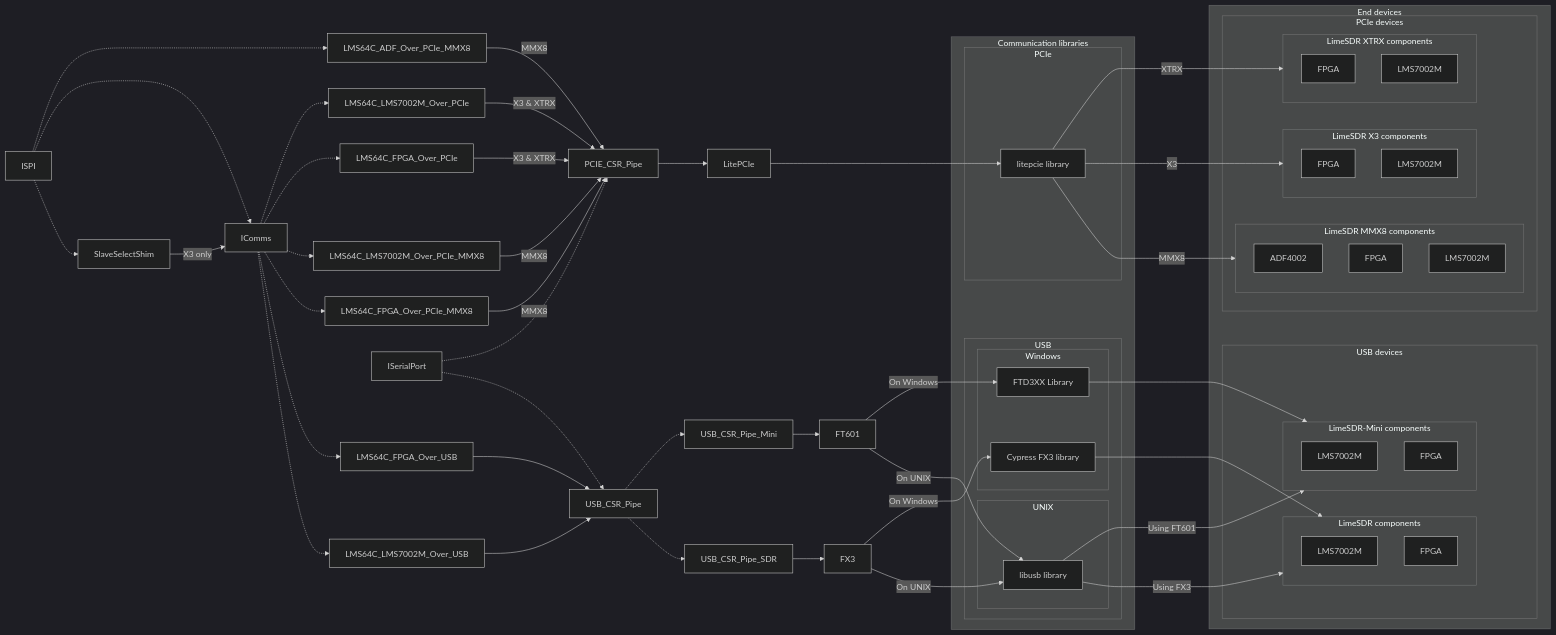
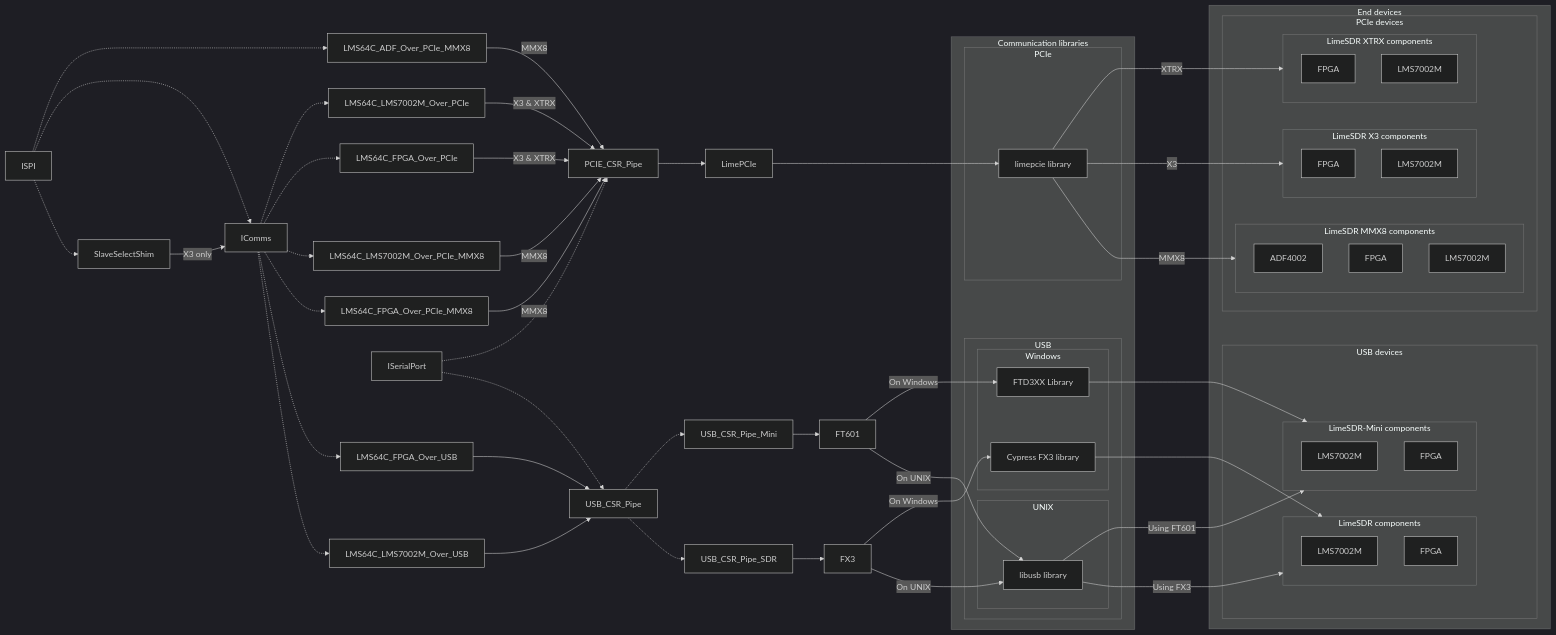
One commit to myriadrf/LimeSuiteNG changed the diagram in docs/development/diagrams/comms.mmd. Above: the diagram before and after it, drawn with Mermaid (dark theme). The commit also changed 7 other files, not shown here.

Commit message:
Rename remaining LitePCIe to LimePCIe

```diff
--- a/docs/development/diagrams/comms.mmd
+++ b/docs/development/diagrams/comms.mmd
@@ -1,74 +1,74 @@
 flowchart LR
     subgraph End devices
         subgraph USB devices
             subgraph SDR["LimeSDR components"]
                 LMS7002M_SDR[LMS7002M]
                 FPGA_SDR[FPGA]
             end
             subgraph SDRMini["LimeSDR-Mini components"]
                 LMS7002M_Mini[LMS7002M]
                 FPGA_Mini[FPGA]
             end
         end
         subgraph PCIe devices
             subgraph X3[LimeSDR X3 components]
                 FPGA_X3[FPGA]
                 LMS7002M_X3["LMS7002M"]
             end
             subgraph XTRX[LimeSDR XTRX components]
                 FPGA_XTRX["FPGA"]
                 LMS7002M_XTRX["LMS7002M"]
             end
             subgraph MMX8[LimeSDR MMX8 components]
                 ADF4002_MMX8["ADF4002"]
                 FPGA_MMX8["FPGA"]
                 LMS7002M_MMX8["LMS7002M"]
             end
         end
     end
 
     subgraph Communication libraries
         subgraph USB
             subgraph UNIX
                 libusb["libusb library"]
             end
             subgraph Windows
                 Cypress["Cypress FX3 library"]
                 FTD3XX["FTD3XX Library"]
             end
         end
         subgraph PCIe
-            litepcie["litepcie library"]
+            limepcie["limepcie library"]
         end
     end
 
     %% PCIe
     ISPI-.->LMS64C_ADF_Over_PCIe_MMX8 & IComms & SlaveSelectShim
     IComms-.->LMS64C_LMS7002M_Over_PCIe & LMS64C_FPGA_Over_PCIe & LMS64C_LMS7002M_Over_PCIe_MMX8 & LMS64C_FPGA_Over_PCIe_MMX8
 
     SlaveSelectShim-->|X3 only|IComms
 
     LMS64C_LMS7002M_Over_PCIe & LMS64C_FPGA_Over_PCIe-->|X3 & XTRX|PCIE_CSR_Pipe
     LMS64C_LMS7002M_Over_PCIe_MMX8 & LMS64C_ADF_Over_PCIe_MMX8 & LMS64C_FPGA_Over_PCIe_MMX8-->|MMX8|PCIE_CSR_Pipe
 
     ISerialPort-.->PCIE_CSR_Pipe
-    PCIE_CSR_Pipe-->LitePCIe-->litepcie
+    PCIE_CSR_Pipe-->LimePCIe-->limepcie
 
-    litepcie-->|XTRX|XTRX
-    litepcie-->|X3|X3
-    litepcie-->|MMX8|MMX8
+    limepcie-->|XTRX|XTRX
+    limepcie-->|X3|X3
+    limepcie-->|MMX8|MMX8
 
     %% USB
     IComms-.->LMS64C_FPGA_Over_USB & LMS64C_LMS7002M_Over_USB-->USB_CSR_Pipe
     ISerialPort-.->USB_CSR_Pipe
 
     USB_CSR_Pipe-.->USB_CSR_Pipe_Mini & USB_CSR_Pipe_SDR
     USB_CSR_Pipe_SDR-->FX3
     USB_CSR_Pipe_Mini-->FT601
 
     FX3-->|On Windows|Cypress-->SDR
     FT601-->|On Windows|FTD3XX-->SDRMini
     FX3 & FT601-->|On UNIX|libusb
 
     libusb-->|Using FT601|SDRMini 
     libusb-->|Using FX3|SDR
```
